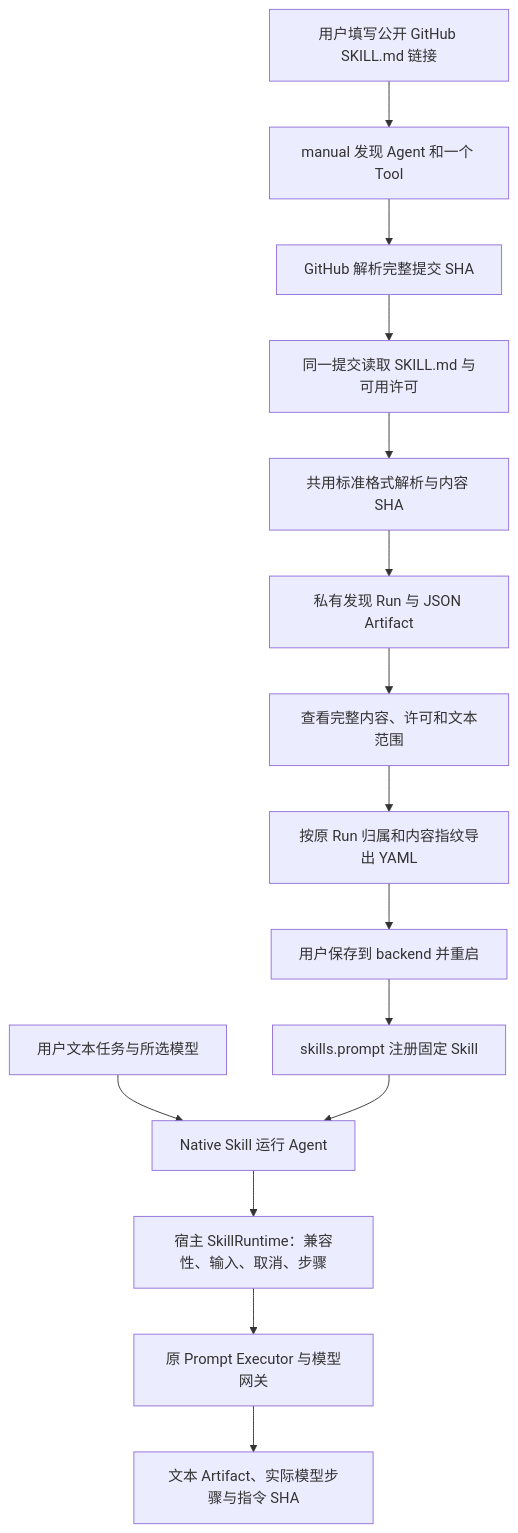
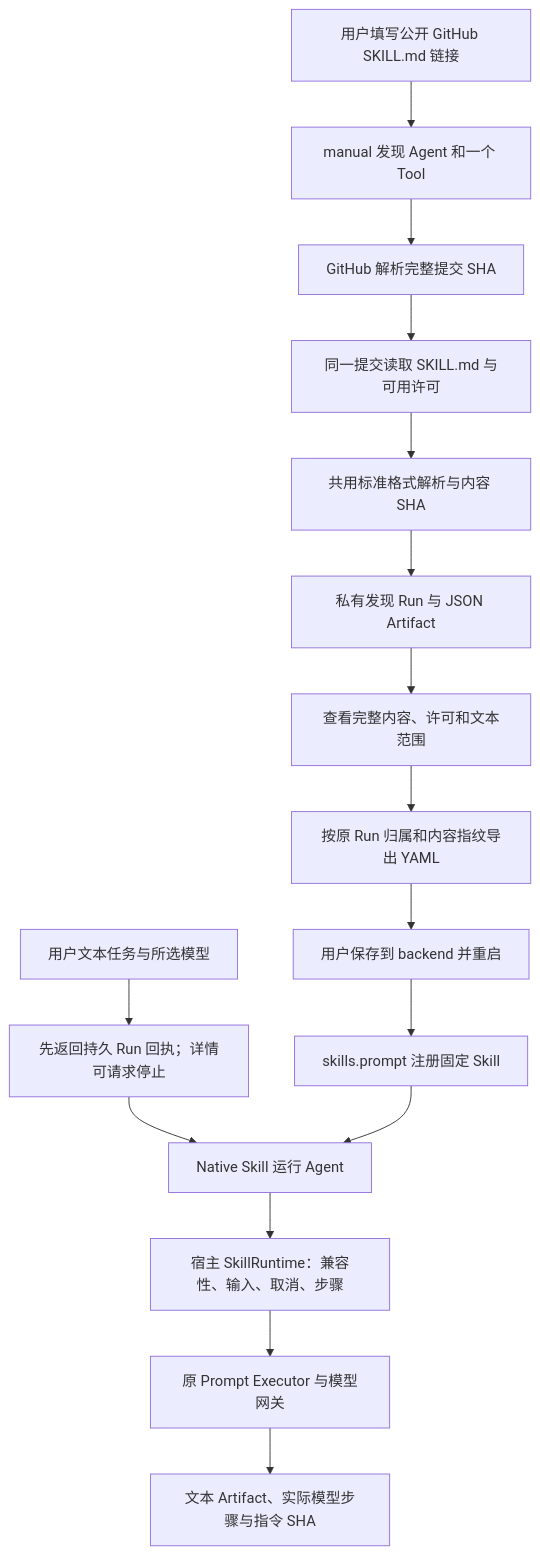
One commit to KlayPeter/AI-Delivery-Ops-Agent changed the diagram in backend/src/connectors/skill-workbench/FEATURE.md. Above: the diagram before and after it, drawn with Mermaid. The commit also changed other lines of this file and 29 other files, not shown here.

````diff
--- a/backend/src/connectors/skill-workbench/FEATURE.md
+++ b/backend/src/connectors/skill-workbench/FEATURE.md
@@ -21,17 +21,18 @@
 ```mermaid
 flowchart TD
     URL[用户填写公开 GitHub SKILL.md 链接] --> N[manual 发现 Agent 和一个 Tool]
     N --> SHA[GitHub 解析完整提交 SHA]
     SHA --> RAW[同一提交读取 SKILL.md 与可用许可]
     RAW --> FORMAT[共用标准格式解析与内容 SHA]
     FORMAT --> ART[私有发现 Run 与 JSON Artifact]
     ART --> REVIEW[查看完整内容、许可和文本范围]
     REVIEW --> EXPORT[按原 Run 归属和内容指纹导出 YAML]
     EXPORT --> LOCAL[用户保存到 backend 并重启]
     LOCAL --> P[skills.prompt 注册固定 Skill]
-    TASK[用户文本任务与所选模型] --> RUN[Native Skill 运行 Agent]
+    TASK[用户文本任务与所选模型] --> ACK[先返回持久 Run 回执；详情可请求停止]
+    ACK --> RUN[Native Skill 运行 Agent]
     P --> RUN
     RUN --> SK[宿主 SkillRuntime：兼容性、输入、取消、步骤]
     SK --> MODEL[原 Prompt Executor 与模型网关]
     MODEL --> RESULT[文本 Artifact、实际模型步骤与指令 SHA]
 ```
````
